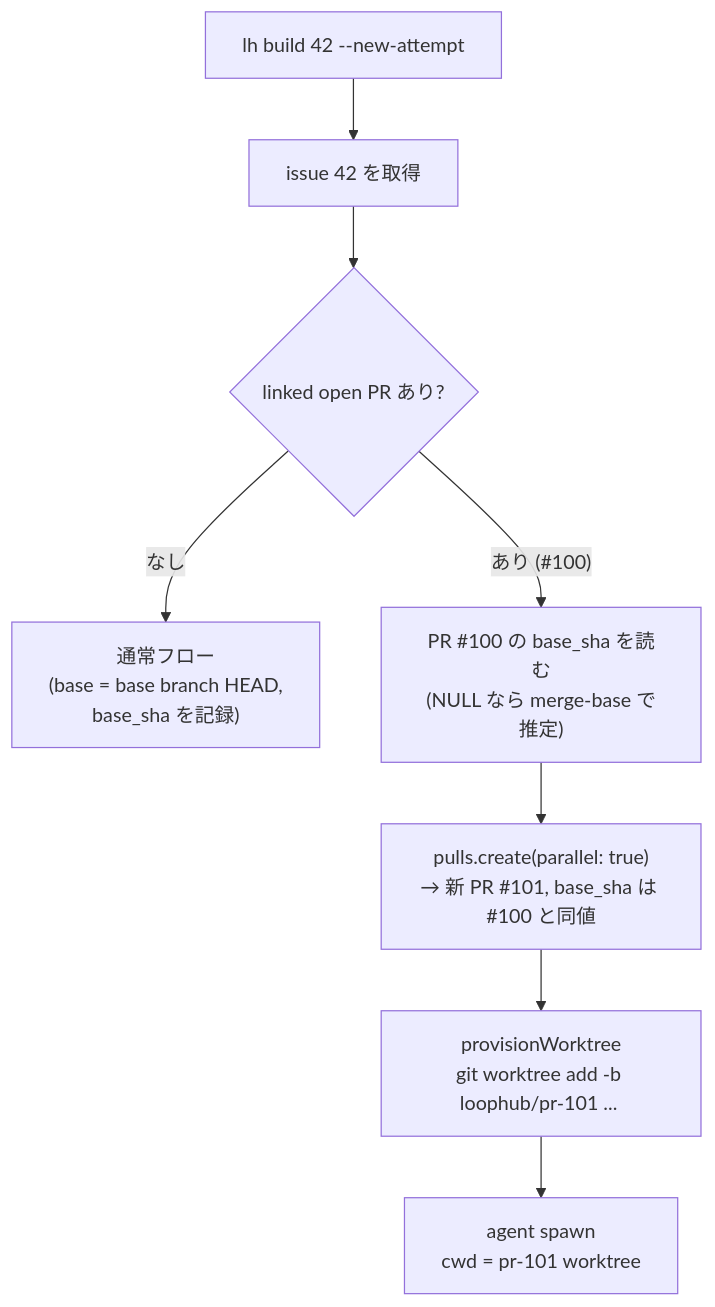
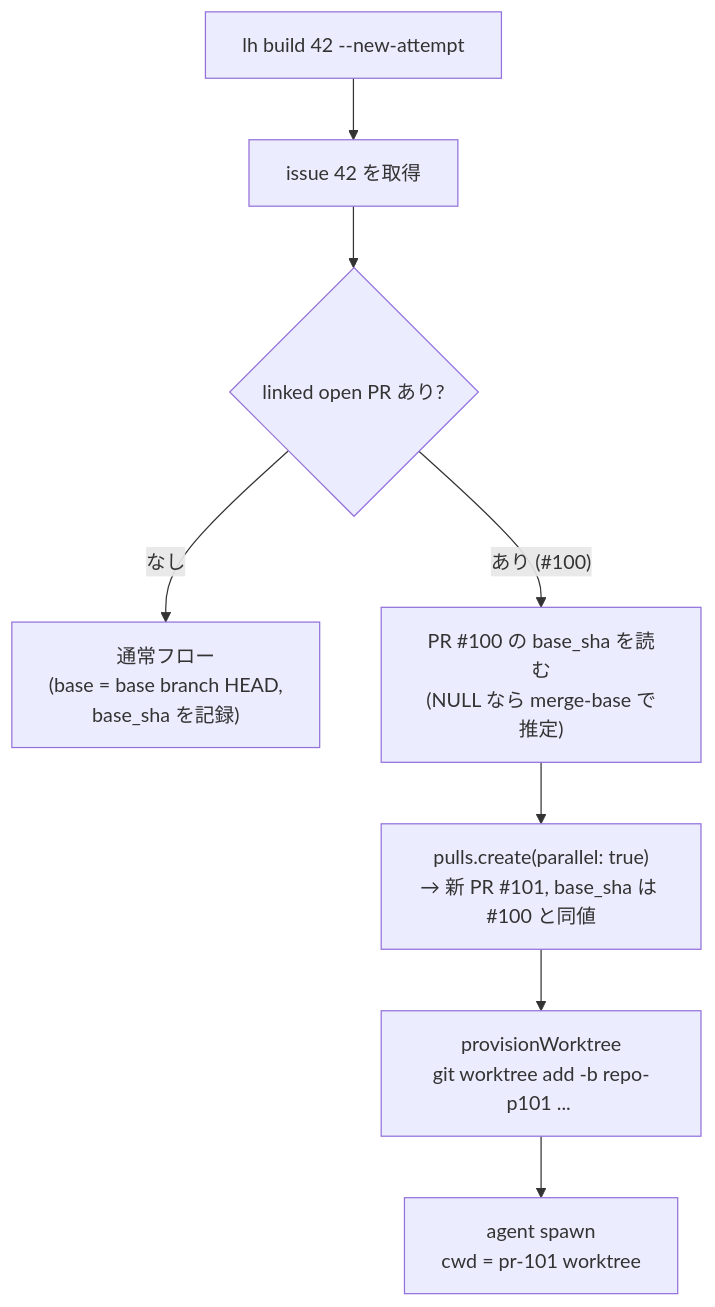
Before and after one commit to jugyo/loophub: the diagram in docs/parallel-issue-attempts-design.ja.md, drawn with Mermaid. The commit also changed other lines of this file and 12 other files, not shown here.

````diff
--- a/docs/parallel-issue-attempts-design.ja.md
+++ b/docs/parallel-issue-attempts-design.ja.md
@@ -125,10 +125,10 @@
 ```mermaid
 flowchart TD
     Start["lh build 42 --new-attempt"] --> Issue["issue 42 を取得"]
     Issue --> Existing{"linked open PR あり?"}
     Existing -- "なし" --> Normal["通常フロー<br/>(base = base branch HEAD,<br/>base_sha を記録)"]
     Existing -- "あり (#100)" --> Base["PR #100 の base_sha を読む<br/>(NULL なら merge-base で推定)"]
     Base --> OpenPr["pulls.create(parallel: true)<br/>→ 新 PR #101, base_sha は #100 と同値"]
-    OpenPr --> WT["provisionWorktree<br/>git worktree add -b loophub/pr-101 ... <base_sha>"]
+    OpenPr --> WT["provisionWorktree<br/>git worktree add -b repo-p101 ... <base_sha>"]
     WT --> Spawn["agent spawn<br/>cwd = pr-101 worktree"]
 ```
````
